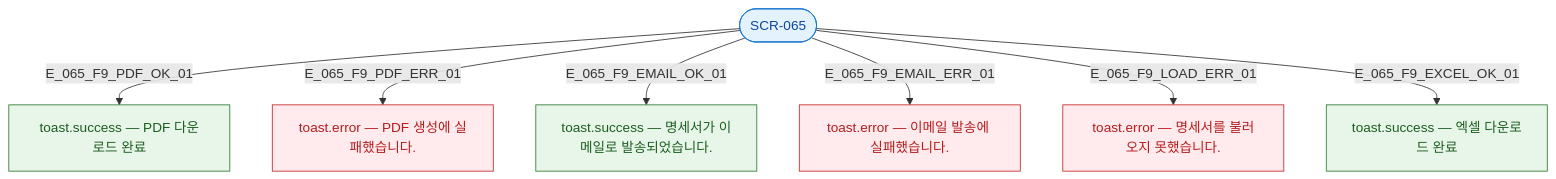
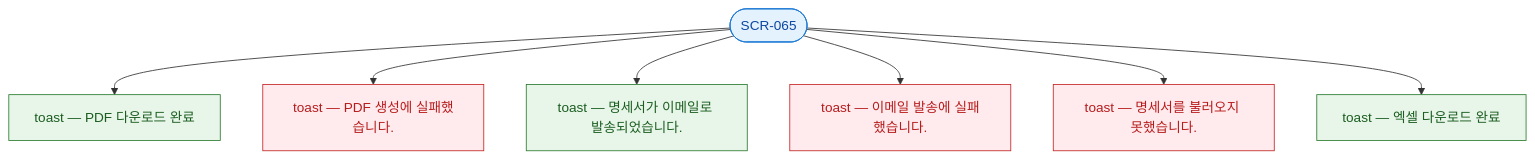
One commit to dev-spogym/admin-pando changed the diagram in docs/다이어그램/D07_직원관리/SCR-065_급여명세서/F9_토스트피드백.md. Above: the diagram before and after it, drawn with Mermaid. The commit also changed other lines of this file and 1660 other files, not shown here.

First line of the commit message:
다이어그램: 기획자/클라이언트 납품본으로 정리

````diff
--- a/docs/다이어그램/D07_직원관리/SCR-065_급여명세서/F9_토스트피드백.md
+++ b/docs/다이어그램/D07_직원관리/SCR-065_급여명세서/F9_토스트피드백.md
@@ -14,18 +12,18 @@
 ```mermaid
 flowchart TD
   SCR_065([SCR-065])
-  SCR_065 -->|E_065_F9_PDF_OK_01| T1[toast.success — PDF 다운로드 완료]
-  SCR_065 -->|E_065_F9_PDF_ERR_01| T2[toast.error — PDF 생성에 실패했습니다.]
-  SCR_065 -->|E_065_F9_EMAIL_OK_01| T3[toast.success — 명세서가 이메일로 발송되었습니다.]
-  SCR_065 -->|E_065_F9_EMAIL_ERR_01| T4[toast.error — 이메일 발송에 실패했습니다.]
-  SCR_065 -->|E_065_F9_LOAD_ERR_01| T5[toast.error — 명세서를 불러오지 못했습니다.]
-  SCR_065 -->|E_065_F9_EXCEL_OK_01| T6[toast.success — 엑셀 다운로드 완료]
+  SCR_065 --> T1[toast — PDF 다운로드 완료]
+  SCR_065 --> T2[toast — PDF 생성에 실패했습니다.]
+  SCR_065 --> T3[toast — 명세서가 이메일로 발송되었습니다.]
+  SCR_065 --> T4[toast — 이메일 발송에 실패했습니다.]
+  SCR_065 --> T5[toast — 명세서를 불러오지 못했습니다.]
+  SCR_065 --> T6[toast — 엑셀 다운로드 완료]
 
-  classDef screen  fill:#E3F2FD,stroke:#1976D2,color:#0D47A1
+  classDef screen fill:#E3F2FD,stroke:#1976D2,color:#0D47A1
   classDef success fill:#E8F5E9,stroke:#2E7D32,color:#1B5E20
-  classDef error   fill:#FFEBEE,stroke:#C62828,color:#B71C1C
+  classDef error fill:#FFEBEE,stroke:#C62828,color:#B71C1C
 
   class SCR_065 screen
   class T1,T3,T6 success
   class T2,T4,T5 error
 ```
````
